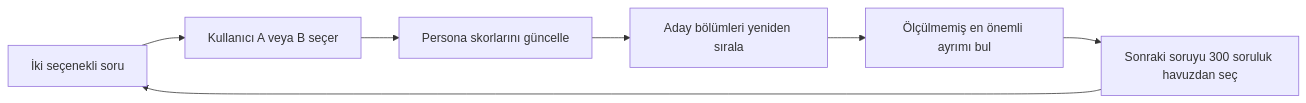
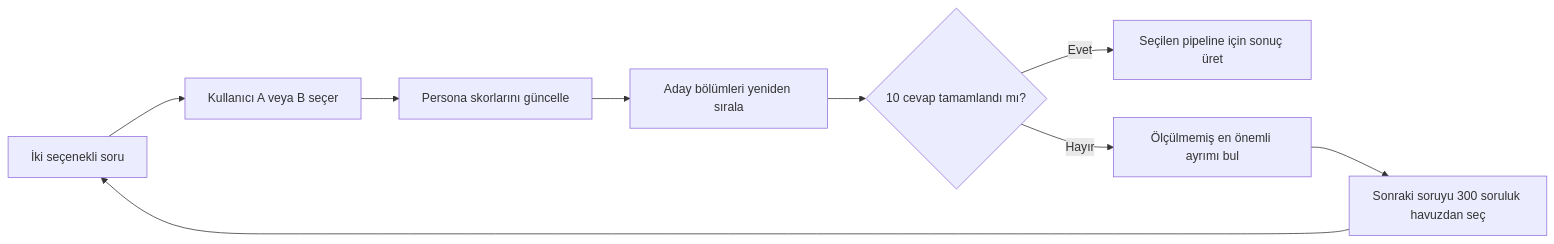
The fourth of 4 diagrams in docs/yks-persona-questionnaire-pipeline.md (BerkayBilgenn/OverFit-Hackathon), drawn with Mermaid before and after one commit. The commit also changed other lines of this file and 1 other file, not shown here.

Commit message:
YKS puanı olan ve olmayan kullanıcı akışlarını ayrı pipeline olarak güncelle

````diff
--- a/docs/yks-persona-questionnaire-pipeline.md
+++ b/docs/yks-persona-questionnaire-pipeline.md
@@ -246,9 +235,11 @@
 ```mermaid
 flowchart LR
     A[İki seçenekli soru] --> B[Kullanıcı A veya B seçer]
     B --> C[Persona skorlarını güncelle]
     C --> D[Aday bölümleri yeniden sırala]
-    D --> E[Ölçülmemiş en önemli ayrımı bul]
+    D --> G{10 cevap tamamlandı mı?}
+    G -->|Evet| H[Seçilen pipeline için sonuç üret]
+    G -->|Hayır| E[Ölçülmemiş en önemli ayrımı bul]
     E --> F[Sonraki soruyu 300 soruluk havuzdan seç]
     F --> A
 ```
````
